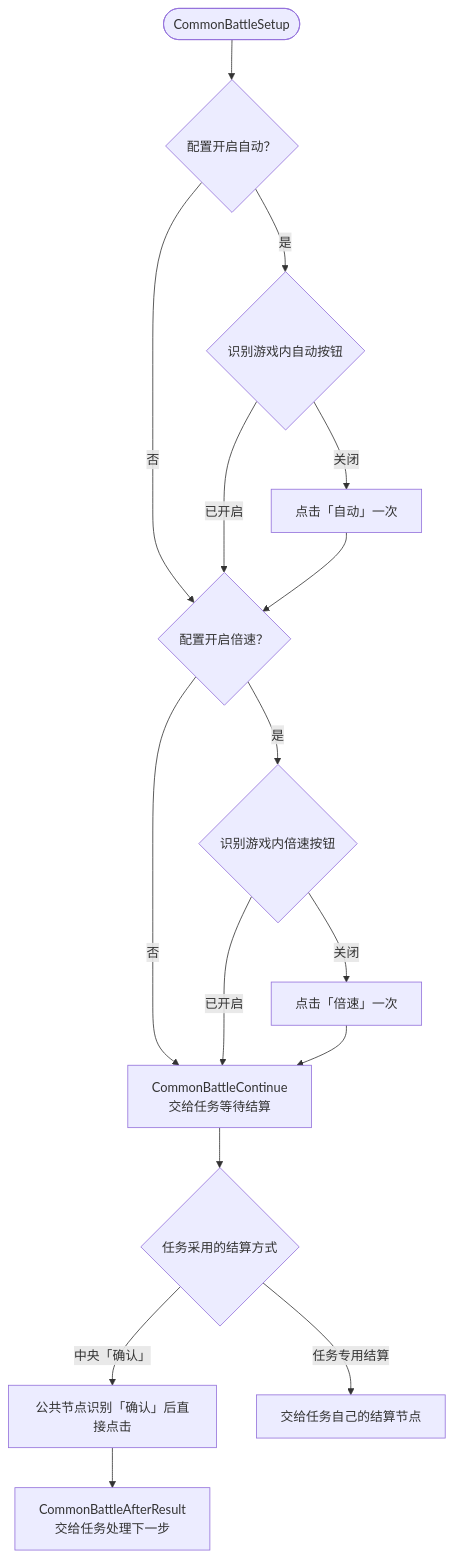
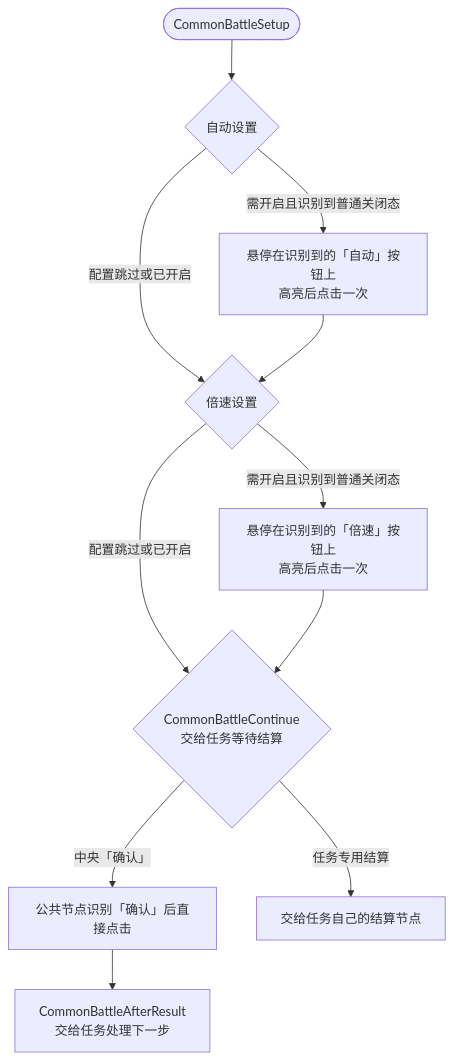
One commit to ArcherSore/MaaNOP changed the diagram in docs/zh_cn/流程图/公共战斗.md. Above: the diagram before and after it, drawn with Mermaid. The commit also changed other lines of this file and 3 other files, not shown here.

````diff
--- a/docs/zh_cn/流程图/公共战斗.md
+++ b/docs/zh_cn/流程图/公共战斗.md
@@ -5,19 +7,16 @@
 ```mermaid
 flowchart TD
-    Start([CommonBattleSetup]) --> AutoConfig{"配置开启自动？"}
-    AutoConfig -->|是| Auto{"识别游戏内自动按钮"}
-    AutoConfig -->|否| SpeedConfig
-    Auto -->|关闭| AutoOff["点击「自动」一次"]
-    Auto -->|已开启| SpeedConfig
-    AutoOff --> SpeedConfig
-    SpeedConfig{"配置开启倍速？"} -->|是| Speed{"识别游戏内倍速按钮"}
-    SpeedConfig -->|否| Wait
-    Speed -->|关闭| SpeedOff["点击「倍速」一次"]
-    Speed -->|已开启| Wait
-    SpeedOff --> Wait
-    Wait["CommonBattleContinue<br/>交给任务等待结算"]
-    Wait --> Result{"任务采用的结算方式"}
-    Result -->|中央「确认」| Confirm["公共节点识别「确认」后直接点击"]
+    Start([CommonBattleSetup]) --> Auto{"自动设置"}
+    Auto -->|需开启且识别到普通关闭态| AutoClick["悬停在识别到的「自动」按钮上<br/>高亮后点击一次"]
+    Auto -->|配置跳过或已开启| Speed
+    AutoClick --> Speed
+
+    Speed{"倍速设置"} -->|需开启且识别到普通关闭态| SpeedClick["悬停在识别到的「倍速」按钮上<br/>高亮后点击一次"]
+    Speed -->|配置跳过或已开启| Wait
+    SpeedClick --> Wait
+
+    Wait{"CommonBattleContinue<br/>交给任务等待结算"}
+    Wait -->|中央「确认」| Confirm["公共节点识别「确认」后直接点击"]
     Confirm --> AfterResult["CommonBattleAfterResult<br/>交给任务处理下一步"]
-    Result -->|任务专用结算| Own["交给任务自己的结算节点"]
+    Wait -->|任务专用结算| Own["交给任务自己的结算节点"]
 ```
````
